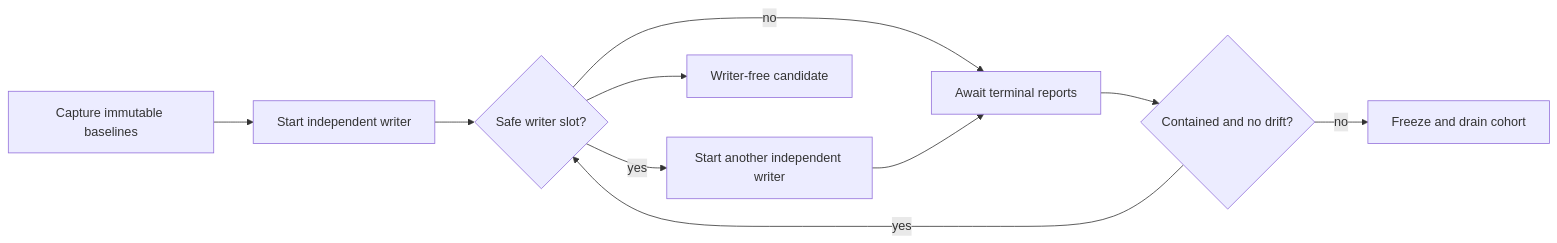
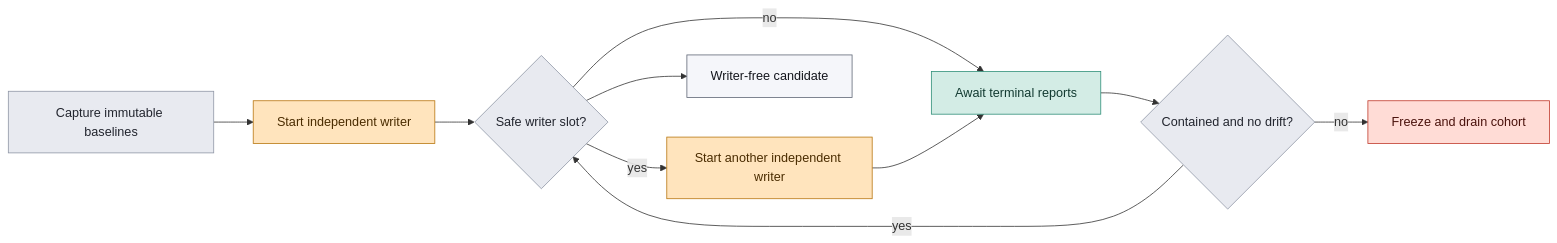
One commit to sean35mm/naru-opencode changed the first of 3 diagrams in docs/src/content/docs/concepts/protocols.md. Above: the diagram before and after it, drawn with Mermaid. The commit also changed other lines of this file and 18 other files, not shown here.

First line of the commit message:
docs: redesign documentation site and diagrams

````diff
--- a/docs/src/content/docs/concepts/protocols.md
+++ b/docs/src/content/docs/concepts/protocols.md
@@ -10,12 +10,26 @@
 ```mermaid
 flowchart LR
-  A[Capture immutable baselines] --> B[Start independent writer]
-  B --> C{Safe writer slot?}
-  C -->|yes| D[Start another independent writer]
-  C -->|no| E[Await terminal reports]
+  A["Capture immutable baselines"]:::gate
+  B["Start independent writer"]:::write
+  C{"Safe writer slot?"}:::gate
+  D["Start another independent writer"]:::write
+  E["Await terminal reports"]:::read
+  F{"Contained and no drift?"}:::gate
+  G["Freeze and drain cohort"]:::danger
+  H["Writer-free candidate"]:::artifact
+
+  A --> B --> C
+  C -->|yes| D
+  C -->|no| E
   D --> E
-  E --> F{Contained and no drift?}
+  E --> F
   F -->|yes| C
-  F -->|no| G[Freeze and drain cohort]
-  C --> H[Writer-free candidate]
+  F -->|no| G
+  C --> H
+
+  classDef read fill:#d3ece5,stroke:#2f8f78,color:#123a31
+  classDef write fill:#ffe4bd,stroke:#b8760f,color:#4a2c00
+  classDef gate fill:#e8eaf0,stroke:#8f96a5,color:#22252e
+  classDef danger fill:#ffdcd6,stroke:#c0392b,color:#4a120c
+  classDef artifact fill:#f5f6fa,stroke:#5f6675,color:#14161d
 ```
````
